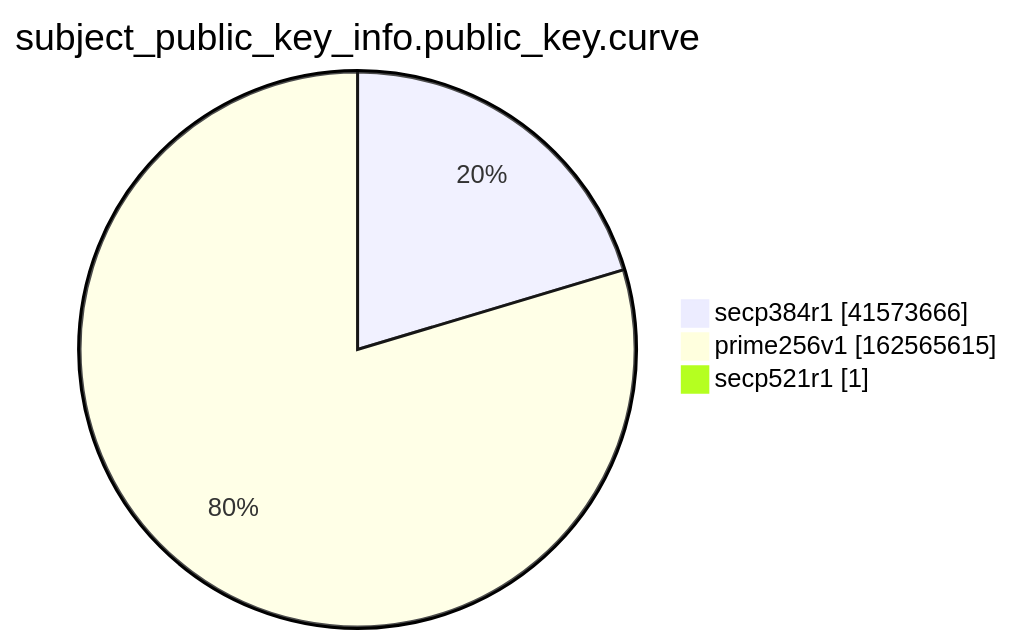
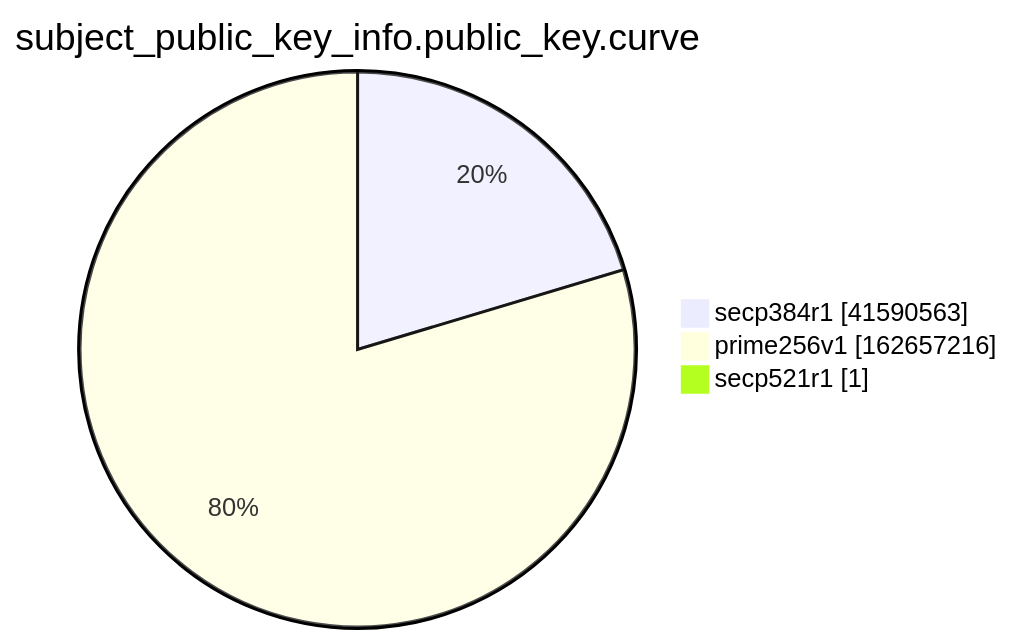
The ninth of 15 diagrams in xenon2022/README.md (christiankrug/ctmonitor_visualization), drawn with Mermaid before and after one commit. The commit also changed other lines of this file, not shown here.

````diff
--- a/xenon2022/README.md
+++ b/xenon2022/README.md
@@ -2868,7 +2868,7 @@
 ```mermaid
 pie showData
 title subject_public_key_info.public_key.curve
-"secp384r1" :41573666
-"prime256v1" :162565615
+"secp384r1" :41590563
+"prime256v1" :162657216
 "secp521r1" :1
 ```
````
